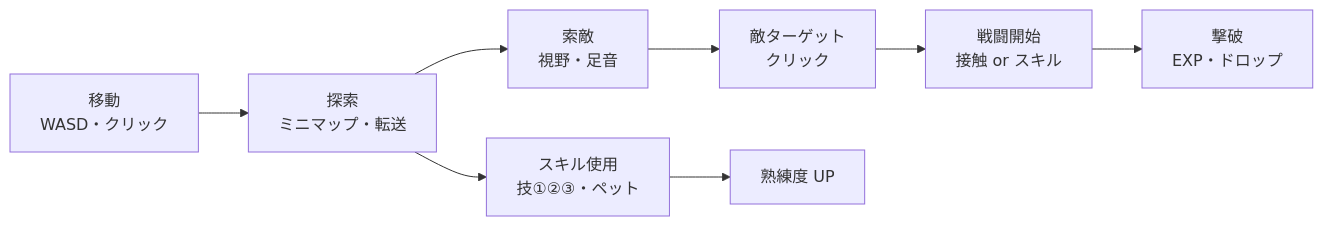
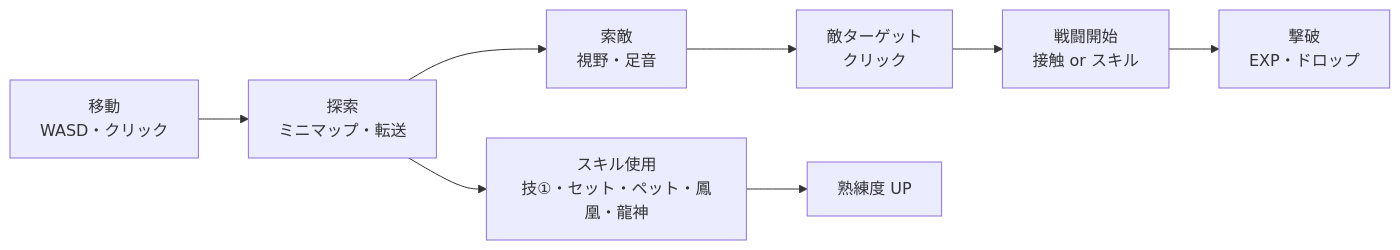
One commit to androidman223-arch/life-rpg-next-3d changed the second of 2 diagrams in docs/moe-overview.md. Above: the diagram before and after it, drawn with Mermaid. The commit also changed other lines of this file and 55 other files, not shown here.

````diff
--- a/docs/moe-overview.md
+++ b/docs/moe-overview.md
@@ -88,10 +88,10 @@
 ```mermaid
 flowchart LR
   Move["移動\nWASD・クリック"] --> Explore["探索\nミニマップ・転送"]
   Explore --> Detect["索敵\n視野・足音"]
   Detect --> Target["敵ターゲット\nクリック"]
   Target --> Duel["戦闘開始\n接触 or スキル"]
   Duel --> Reward["撃破\nEXP・ドロップ"]
-  Explore --> Skill["スキル使用\n技①②③・ペット"]
+  Explore --> Skill["スキル使用\n技①・セット・ペット・鳳凰・龍神"]
   Skill --> Grow["熟練度 UP"]
 ```
````
